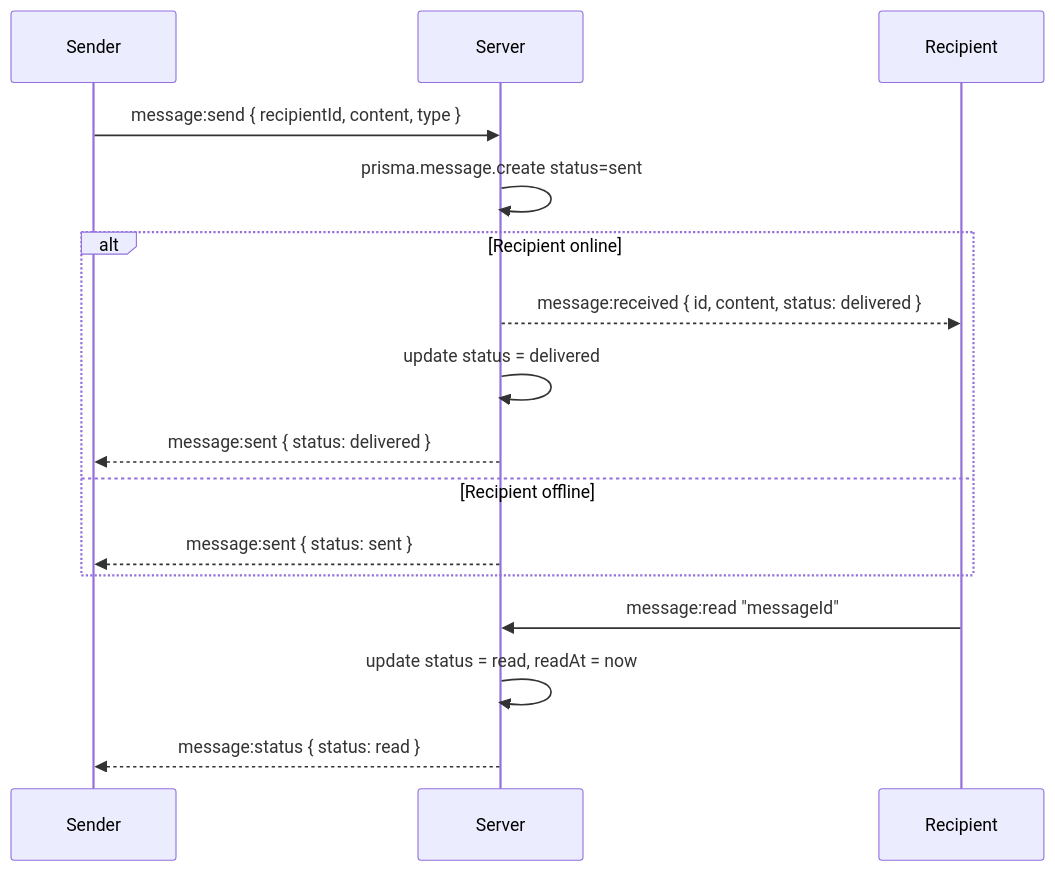
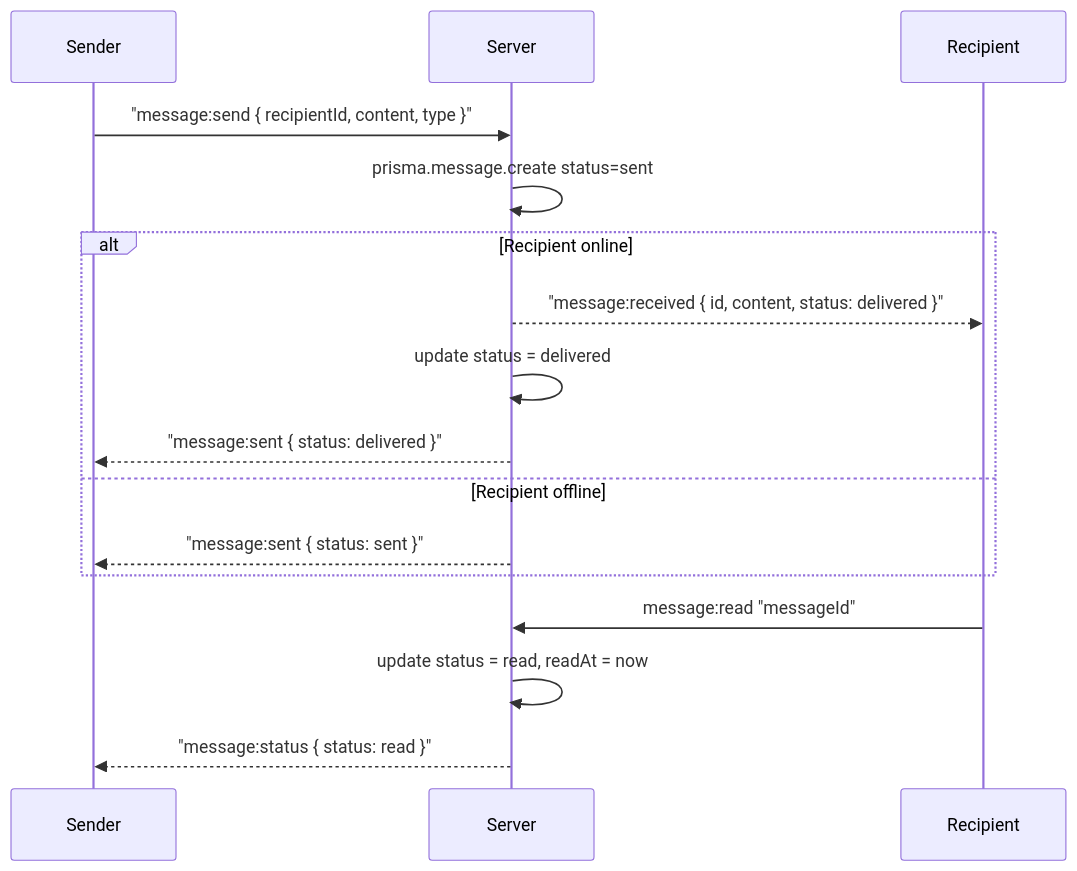
The second of 6 diagrams in Documentation/Features/MESSAGING.md (neofuture/chatr), drawn with Mermaid before and after one commit. The commit also changed other lines of this file and 5 other files, not shown here.

````diff
--- a/Documentation/Features/MESSAGING.md
+++ b/Documentation/Features/MESSAGING.md
@@ -42,20 +42,20 @@
 ```mermaid
 sequenceDiagram
     participant S as Sender
     participant SV as Server
     participant R as Recipient
 
-    S->>SV: message:send { recipientId, content, type }
+    S->>SV: "message:send { recipientId, content, type }"
     SV->>SV: prisma.message.create status=sent
     alt Recipient online
-        SV-->>R: message:received { id, content, status: delivered }
+        SV-->>R: "message:received { id, content, status: delivered }"
         SV->>SV: update status = delivered
-        SV-->>S: message:sent { status: delivered }
+        SV-->>S: "message:sent { status: delivered }"
     else Recipient offline
-        SV-->>S: message:sent { status: sent }
+        SV-->>S: "message:sent { status: sent }"
     end
 
     R->>SV: message:read "messageId"
     SV->>SV: update status = read, readAt = now
-    SV-->>S: message:status { status: read }
+    SV-->>S: "message:status { status: read }"
 ```
````
